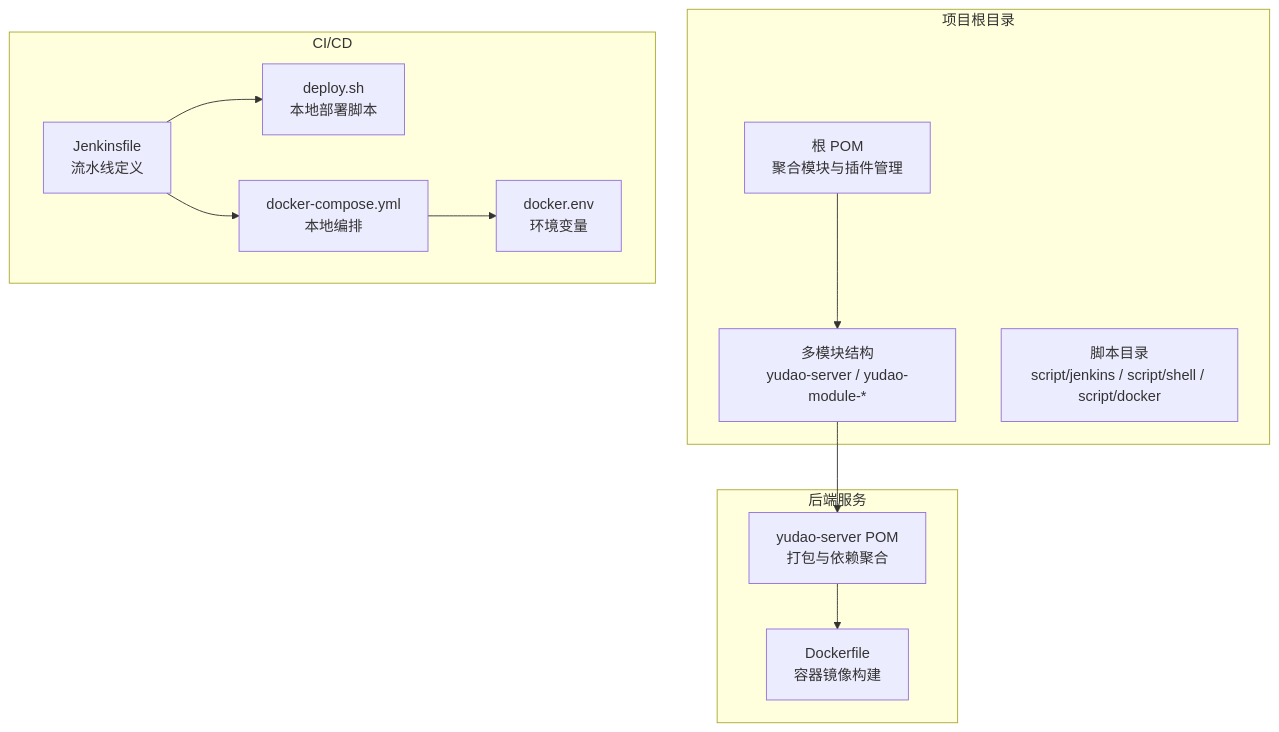
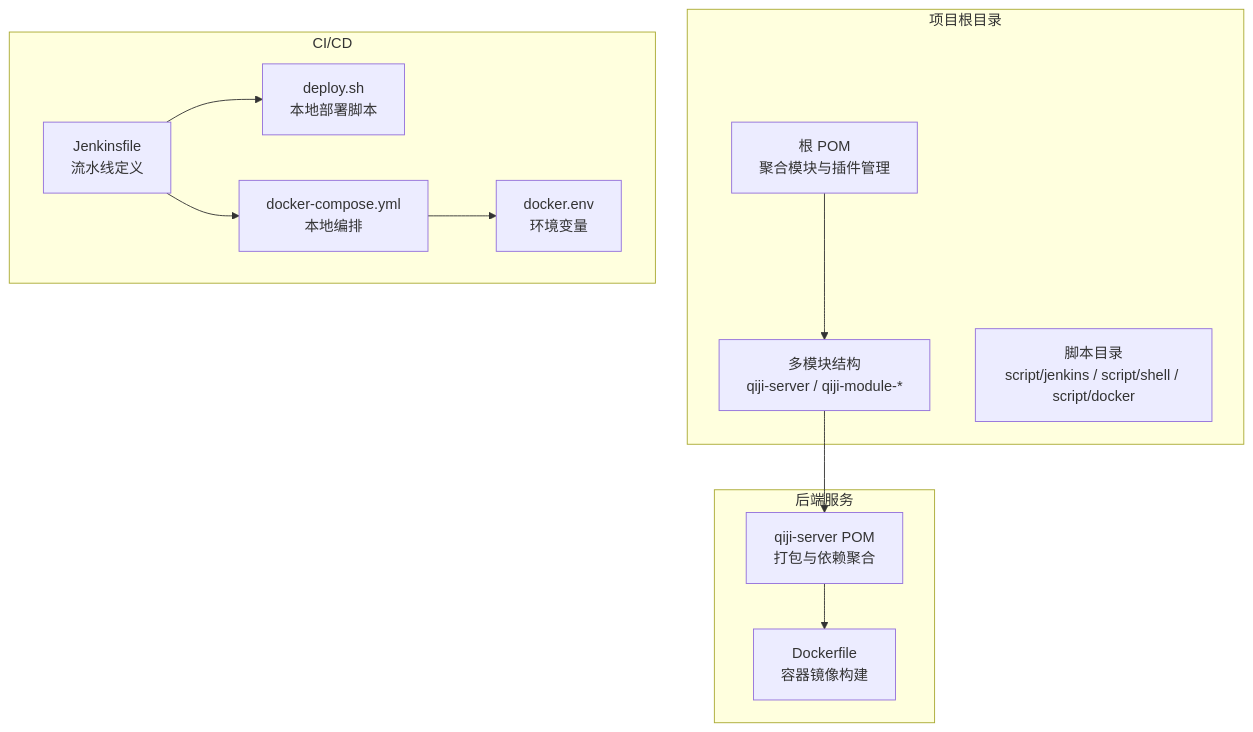
Before and after one commit to zhuangpengLI/AgenticCPS: the first of 5 diagrams in backend/.qoder/repowiki/zh/content/部署与运维/CI_CD流水线.md, drawn with Mermaid. The commit also changed other lines of this file and 3489 other files, not shown here.

````diff
--- a/backend/.qoder/repowiki/zh/content/部署与运维/CI_CD流水线.md
+++ b/backend/.qoder/repowiki/zh/content/部署与运维/CI_CD流水线.md
@@ -33,24 +33,24 @@
 ```mermaid
 graph TB
 subgraph "项目根目录"
 RootPOM["根 POM<br/>聚合模块与插件管理"]
-Modules["多模块结构<br/>yudao-server / yudao-module-*"]
+Modules["多模块结构<br/>qiji-server / qiji-module-*"]
 Scripts["脚本目录<br/>script/jenkins / script/shell / script/docker"]
 end
 subgraph "后端服务"
-ServerPOM["yudao-server POM<br/>打包与依赖聚合"]
+ServerPOM["qiji-server POM<br/>打包与依赖聚合"]
 Dockerfile["Dockerfile<br/>容器镜像构建"]
 end
 subgraph "CI/CD"
 Jenkins["Jenkinsfile<br/>流水线定义"]
 DeploySh["deploy.sh<br/>本地部署脚本"]
 DockerCompose["docker-compose.yml<br/>本地编排"]
 Env["docker.env<br/>环境变量"]
 end
 RootPOM --> Modules
 Modules --> ServerPOM
 ServerPOM --> Dockerfile
 Jenkins --> DeploySh
 Jenkins --> DockerCompose
 DockerCompose --> Env
 ```
````
